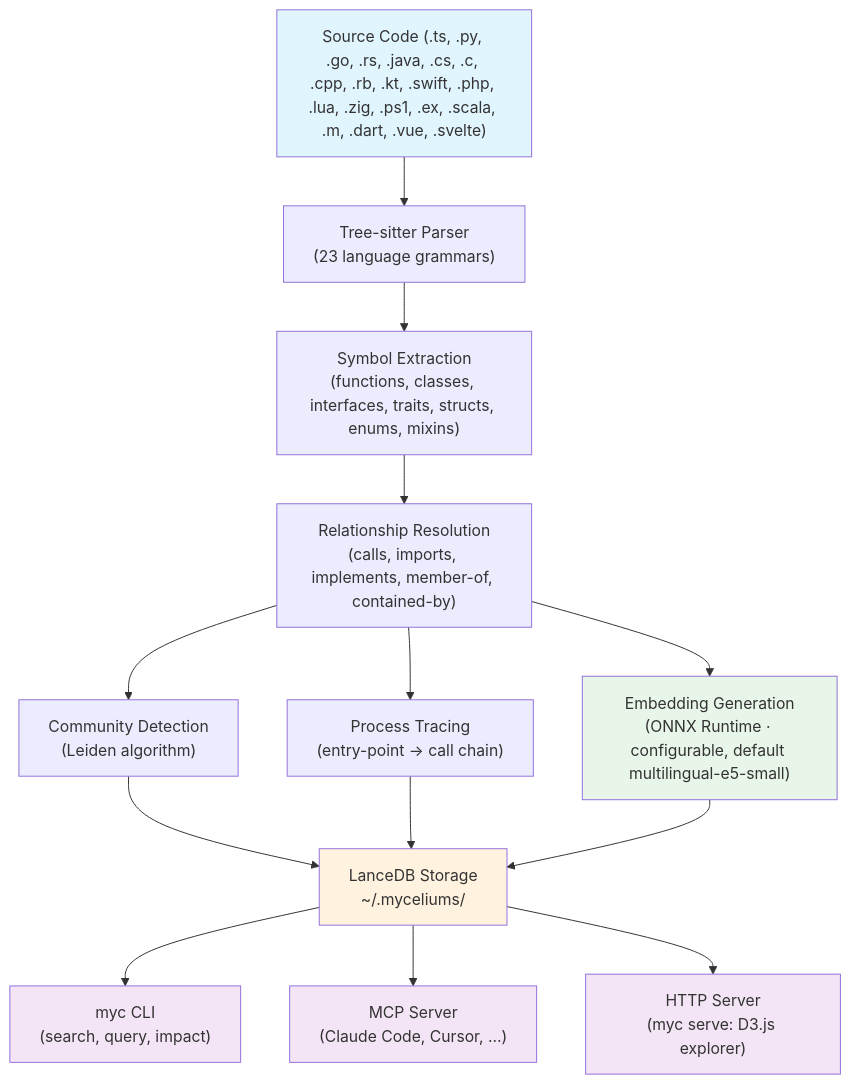
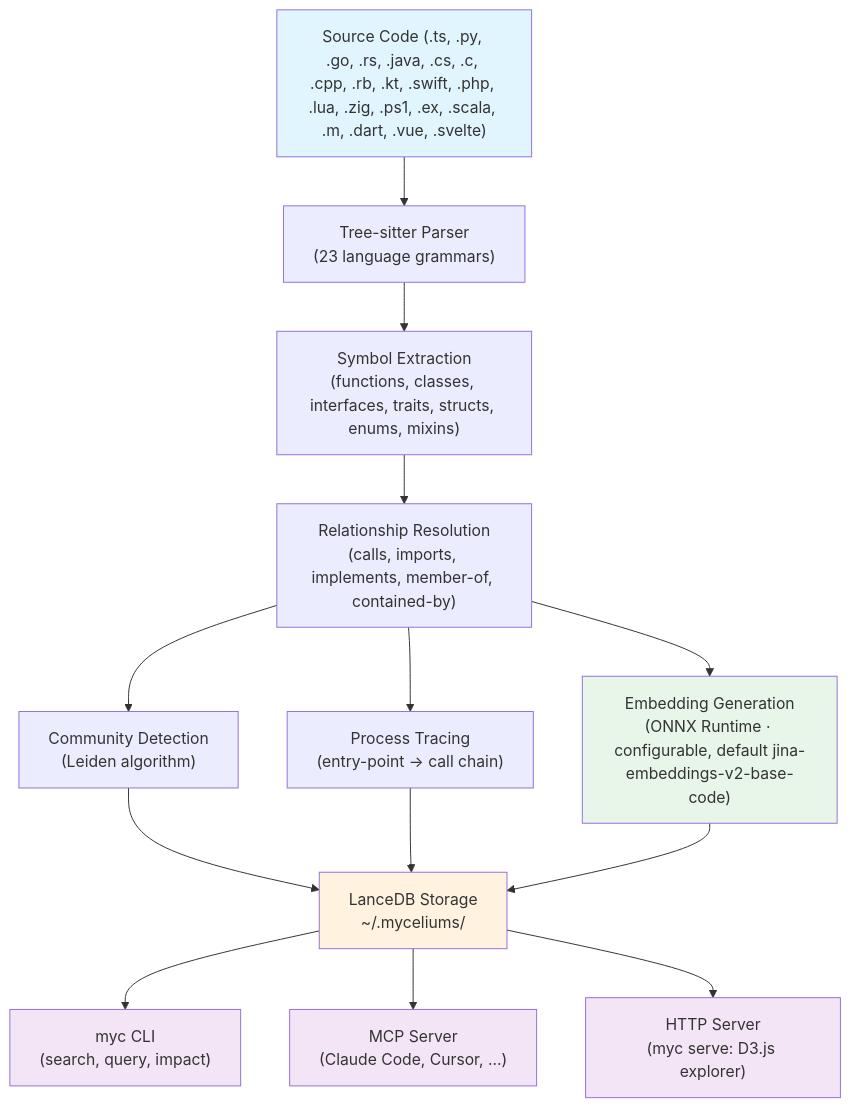
One commit to marcmantei/myceliums changed the diagram in README.md. Above: the diagram before and after it, drawn with Mermaid. The commit also changed other lines of this file and 8 other files, not shown here.

First line of the commit message:
docs: jina-embeddings-v2-base-code is the default; record the owner decision (#157)

````diff
--- a/README.md
+++ b/README.md
@@ -565,29 +573,29 @@
 ```mermaid
 graph TD
     A["Source Code (.ts, .py, .go, .rs, .java, .cs, .c, .cpp, .rb, .kt, .swift, .php, .lua, .zig, .ps1, .ex, .scala, .m, .dart, .vue, .svelte)"]
     
     A --> B["Tree-sitter Parser<br/>(23 language grammars)"]
     
     B --> C["Symbol Extraction<br/>(functions, classes, interfaces, traits, structs, enums, mixins)"]
     
     C --> D["Relationship Resolution<br/>(calls, imports, implements, member-of, contained-by)"]
     
     D --> E["Community Detection<br/>(Leiden algorithm)"]
     D --> F["Process Tracing<br/>(entry-point → call chain)"]
-    D --> K["Embedding Generation<br/>(ONNX Runtime · configurable, default multilingual-e5-small)"]
+    D --> K["Embedding Generation<br/>(ONNX Runtime · configurable, default jina-embeddings-v2-base-code)"]
     
     E --> G["LanceDB Storage<br/>~/.myceliums/"]
     F --> G
     K --> G
     
     G --> H["myc CLI<br/>(search, query, impact)"]
     G --> I["MCP Server<br/>(Claude Code, Cursor, …)"]
     G --> J["HTTP Server<br/>(myc serve: D3.js explorer)"]
     
     style A fill:#e1f5ff
     style G fill:#fff3e0
     style H fill:#f3e5f5
     style I fill:#f3e5f5
     style J fill:#f3e5f5
     style K fill:#e8f5e9
 ```
````
